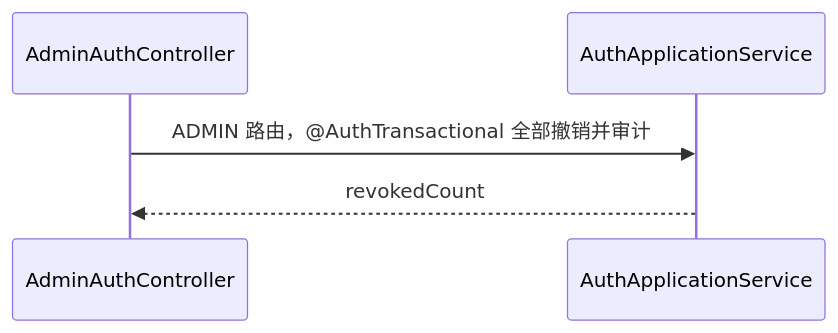
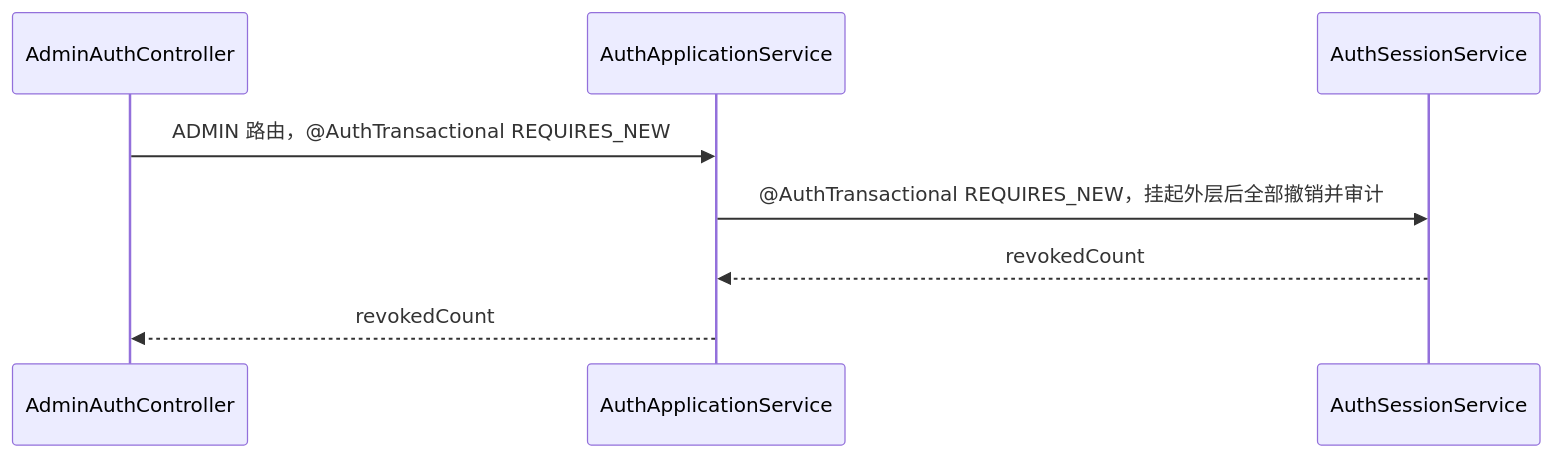
Before and after one commit to Kylinlixd/suno: diagram 29 of 42 in docs/requirements/identity.md, drawn with Mermaid. The commit also changed other lines of this file and 2 other files, not shown here.

Commit message:
docs: clarify identity and operations transaction flows

````diff
--- a/docs/requirements/identity.md
+++ b/docs/requirements/identity.md
@@ -281,7 +296,10 @@
 ```mermaid
 sequenceDiagram
   participant C as AdminAuthController#revokeUserAll
   participant A as AuthApplicationService#adminRevokeUserAllSessions
-  C->>A: ADMIN 路由，@AuthTransactional 全部撤销并审计
+  participant S as AuthSessionService#adminRevokeUserAllSessions
+  C->>A: ADMIN 路由，@AuthTransactional REQUIRES_NEW
+  A->>S: @AuthTransactional REQUIRES_NEW，挂起外层后全部撤销并审计
+  S-->>A: revokedCount
   A-->>C: revokedCount
 ```
````
